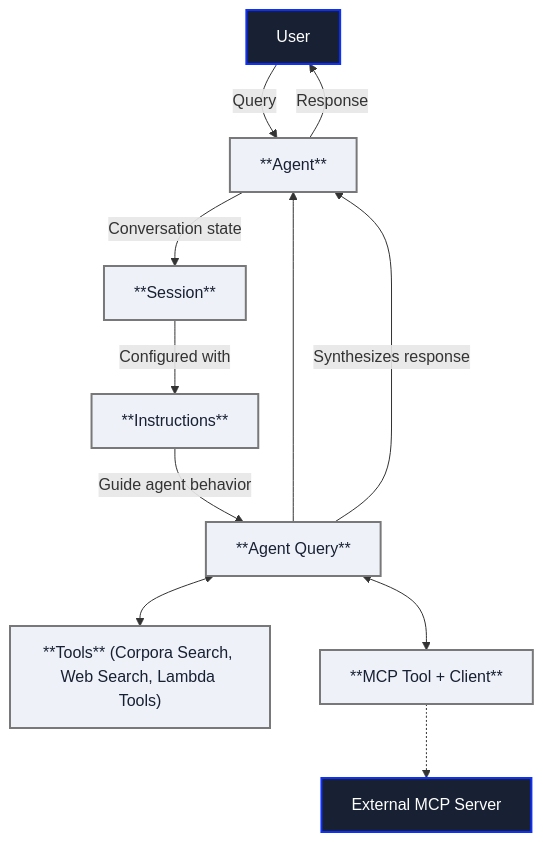
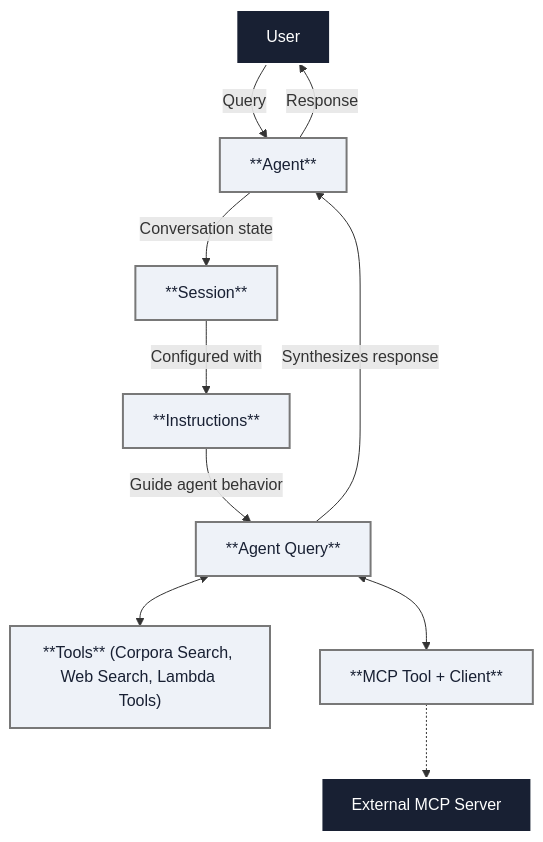
One commit to vectara/vectara-docs changed the diagram in www/docs/agents/agent-platform-overview.md. Above: the diagram before and after it, drawn with Mermaid.

````diff
--- a/www/docs/agents/agent-platform-overview.md
+++ b/www/docs/agents/agent-platform-overview.md
@@ -34,52 +34,51 @@
 ```mermaid
 flowchart TD
     %% Nodes
     User["User"]
     Session["**Agent**"]
     Agent["**Session**"]
     Inst["**Instructions**"]
     Query["**Agent Query**"]
 
     %% Tools layer
     AvailableTools["**Tools** (Corpora Search, Web Search, Lambda Tools)"]
 
     %% MCP
     MCP["**MCP Tool + Client**"]
     ExtMCP["External MCP Server"]
 
     %% Core flow
     User -->|Query| Session
     Session -->|Conversation state| Agent
     Agent --> |Configured with| Inst
     Inst --> |Guide agent behavior| Query
-    Query --> Session
 
     %% Tool execution paths
     Query <--> AvailableTools
 
     %% Optional MCP path (de-emphasized)
     Query <--> MCP
     MCP -.-> ExtMCP
 
     %% Return to user
     Query -->|Synthesizes response| Session
     Session -->|Response| User
 
     %% Classes for color grouping
-    classDef userEntry fill:#182033,color:#fff,stroke:#0D2FFF,stroke-width:2px;
+    classDef userEntry fill:#182033,color:#fff,stroke:#fff,stroke-width:2px;
     classDef session fill:#EEF2F8,color:#182033,stroke:#787878,stroke-width:2px;
     classDef agentic fill:#EEF2F8,color:#182033,stroke:#787878,stroke-width:2px;
     classDef toolLayer fill:#EEF2F8,color:#182033,stroke:#787878,stroke-width:2px;
     classDef corpus fill:#E9368E,color:#fff,stroke:#E9368E,stroke-width:2px;
-    classDef external fill:#182033,color:#fff,stroke:#0D2FFF,stroke-width:2px;
+    classDef external fill:#182033,color:#fff,stroke:#fff,stroke-width:2px;
     classDef mcpTP fill:#EEF2F8,color:#182033,stroke:#787878,stroke-width:2px;
 
     %% Assign classes
     class User userEntry;
     class Session session;
     class Agent,Inst,Query agentic;
     class AvailableTools toolLayer;
     class ExtMCP external;
     class MCP mcpTP;
 
 ```
````
